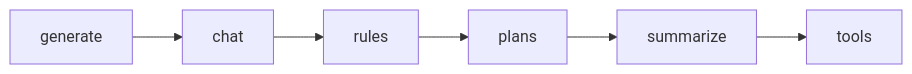
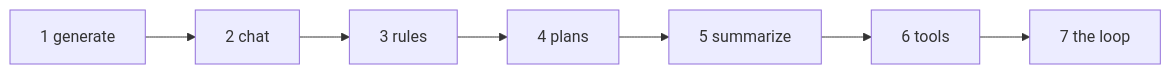
The first of 7 diagrams in PRESENTATION.md (ilsasdo/its-all-about-prompting), drawn with Mermaid before and after one commit. The commit also changed other lines of this file, not shown here.

````diff
--- a/PRESENTATION.md
+++ b/PRESENTATION.md
@@ -68,8 +27,9 @@
 ```mermaid
 flowchart LR
-    G[generate] --> C[chat]
-    C --> R[rules]
-    R --> P[plans]
-    P --> S[summarize]
-    S --> T[tools]
+    G[1 generate] --> C[2 chat]
+    C --> R[3 rules]
+    R --> P[4 plans]
+    P --> S[5 summarize]
+    S --> T[6 tools]
+    T --> L[7 the loop]
 ```
````
